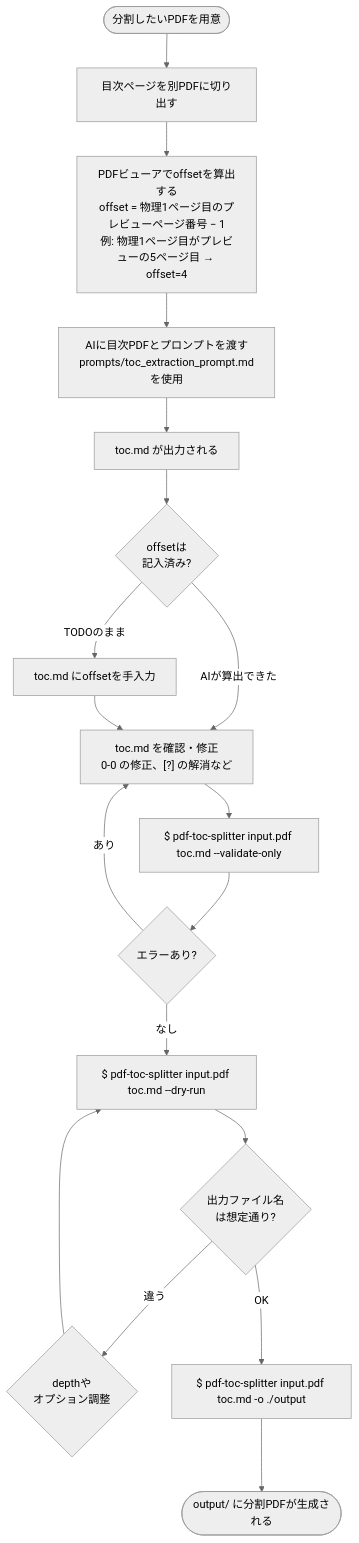
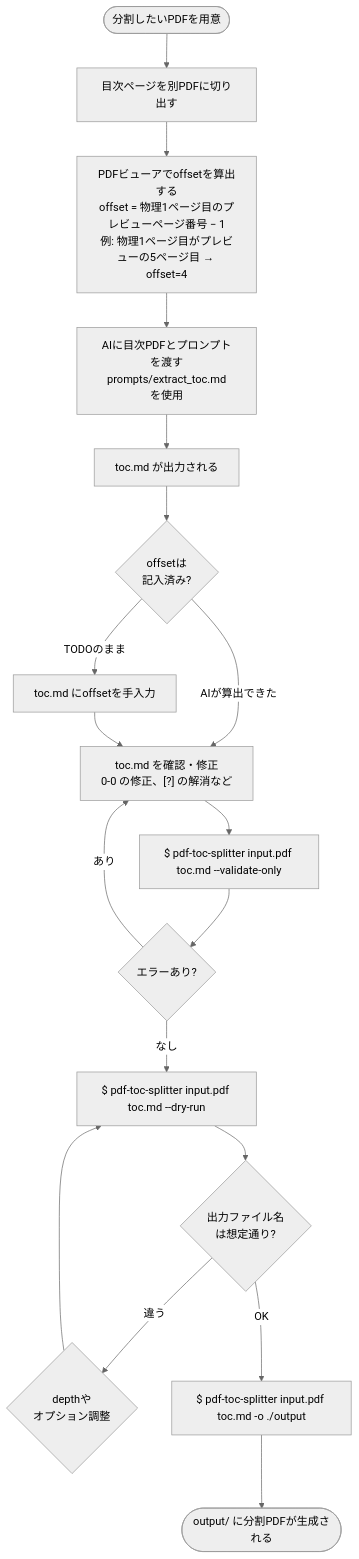
One commit to in0ho1no/pdf-toc-splitter changed the diagram in README.md. Above: the diagram before and after it, drawn with Mermaid (neutral theme). The commit also changed other lines of this file and 1 other file, not shown here.

````diff
--- a/README.md
+++ b/README.md
@@ -35,37 +35,37 @@
 ```mermaid
 flowchart TD
 
 A([分割したいPDFを用意])
 --> B
 
 B["目次ページを別PDFに切り出す"]
 --> C
 
 C["PDFビューアでoffsetを算出する
 offset = 物理1ページ目のプレビューページ番号 − 1
 例: 物理1ページ目がプレビューの5ページ目 → offset=4"]
 --> D
 
 D["AIに目次PDFとプロンプトを渡す
-prompts/toc_extraction_prompt.md
+prompts/extract_toc.md
 を使用"]
 D --> E["toc.md が出力される"]
 E --> F{offsetは\n記入済み?}
 
 F -- AIが算出できた --> G
 F -- TODOのまま --> F1["toc.md にoffsetを手入力"]
 F1 --> G
 
 G["toc.md を確認・修正\n0-0 の修正、[?] の解消など"]
 G --> H["$ pdf-toc-splitter input.pdf toc.md --validate-only"]
 H --> I{エラーあり?}
 
 I -- あり --> G
 I -- なし --> J["$ pdf-toc-splitter input.pdf toc.md --dry-run"]
 J --> K{出力ファイル名\nは想定通り?}
 
 K -- 違う --> L{depthや\nオプション調整}
 L --> J
 K -- OK --> M["$ pdf-toc-splitter input.pdf toc.md -o ./output"]
 M --> N([output/ に分割PDFが生成される])
 ```
````
